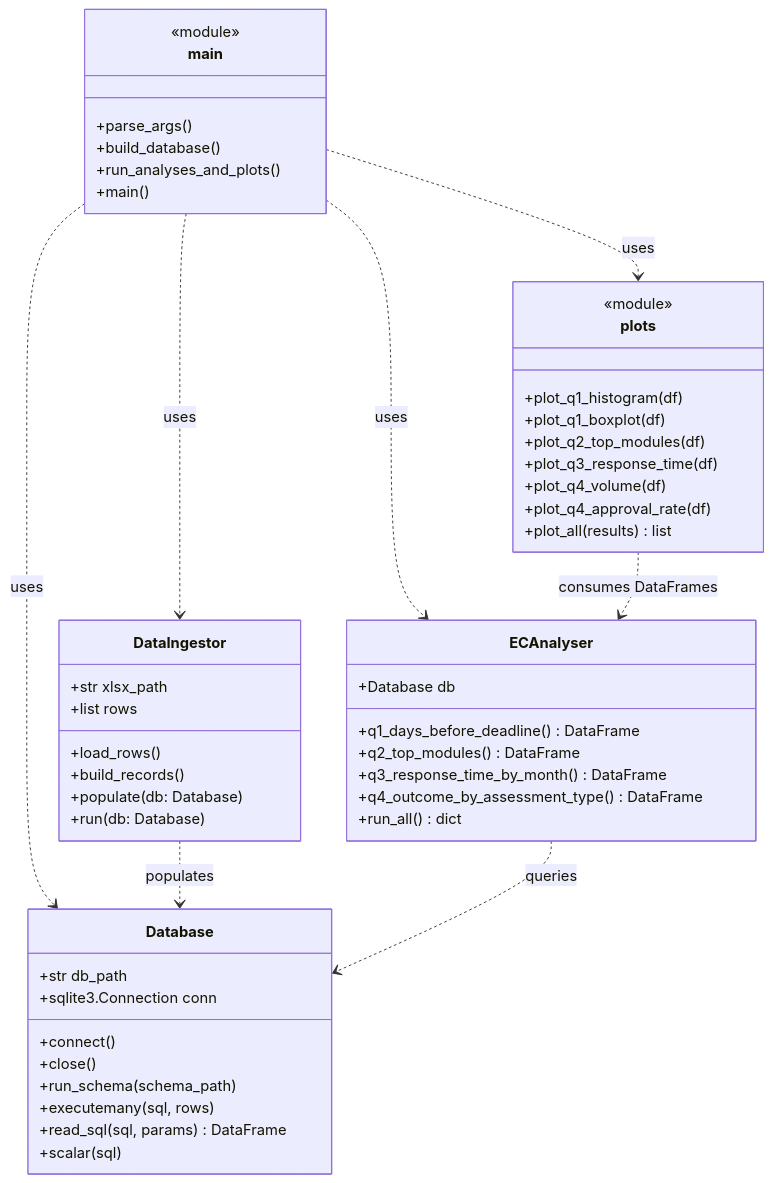
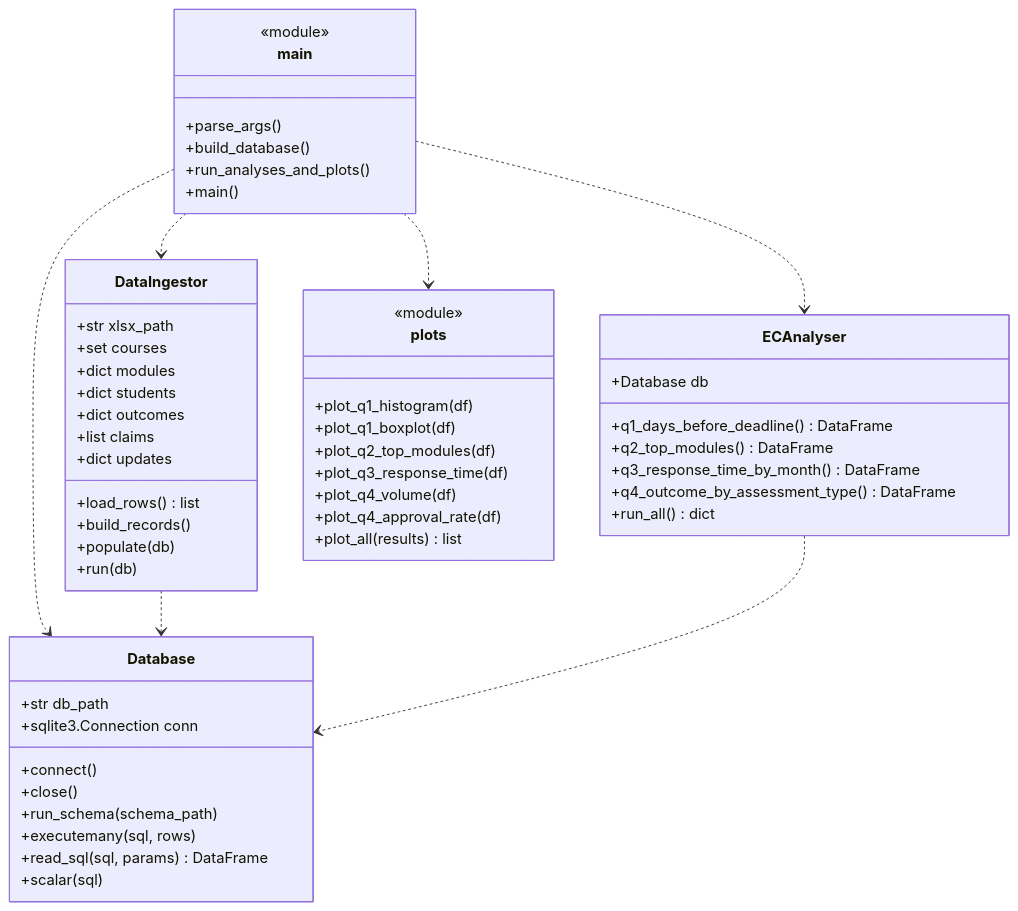
The first of 2 diagrams in doc/software_design.md (islammarjan2005-star/nottingham), drawn with Mermaid before and after one commit. The commit also changed other lines of this file and 10 other files, not shown here.

````diff
--- a/doc/software_design.md
+++ b/doc/software_design.md
@@ -11,58 +10,62 @@
 ```mermaid
 classDiagram
     class Database {
         +str db_path
         +sqlite3.Connection conn
         +connect()
         +close()
         +run_schema(schema_path)
         +executemany(sql, rows)
         +read_sql(sql, params) DataFrame
         +scalar(sql)
     }
 
     class DataIngestor {
         +str xlsx_path
-        +list rows
-        +load_rows()
+        +set courses
+        +dict modules
+        +dict students
+        +dict outcomes
+        +list claims
+        +dict updates
+        +load_rows() list
         +build_records()
-        +populate(db: Database)
-        +run(db: Database)
+        +populate(db)
+        +run(db)
     }
 
     class ECAnalyser {
         +Database db
         +q1_days_before_deadline() DataFrame
         +q2_top_modules() DataFrame
         +q3_response_time_by_month() DataFrame
         +q4_outcome_by_assessment_type() DataFrame
         +run_all() dict
     }
 
     class plots {
         <<module>>
         +plot_q1_histogram(df)
         +plot_q1_boxplot(df)
         +plot_q2_top_modules(df)
         +plot_q3_response_time(df)
         +plot_q4_volume(df)
         +plot_q4_approval_rate(df)
         +plot_all(results) list
     }
 
     class main {
         <<module>>
         +parse_args()
         +build_database()
         +run_analyses_and_plots()
         +main()
     }
 
-    main ..> Database : uses
-    main ..> DataIngestor : uses
-    main ..> ECAnalyser : uses
-    main ..> plots : uses
-    DataIngestor ..> Database : populates
-    ECAnalyser ..> Database : queries
-    plots ..> ECAnalyser : consumes DataFrames
+    main ..> Database
+    main ..> DataIngestor
+    main ..> ECAnalyser
+    main ..> plots
+    DataIngestor ..> Database
+    ECAnalyser ..> Database
 ```
````
